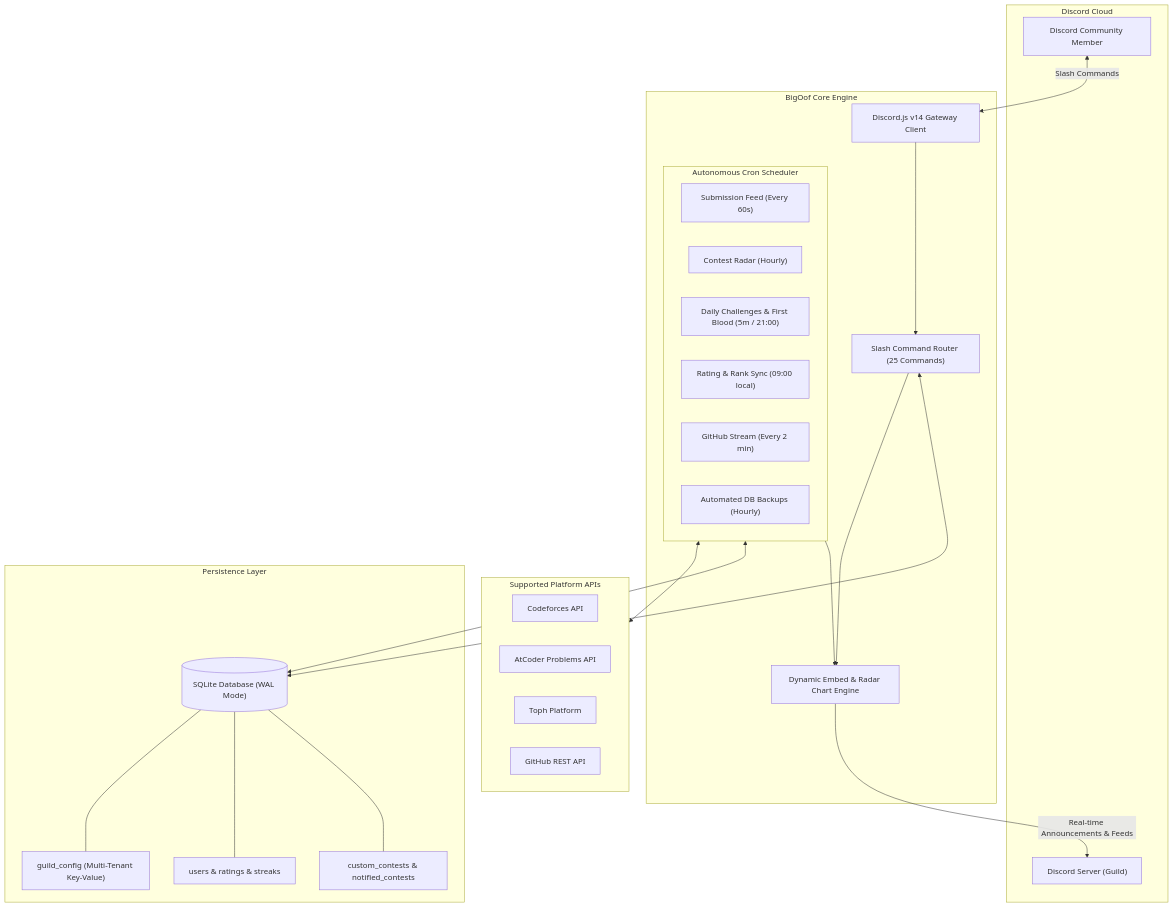
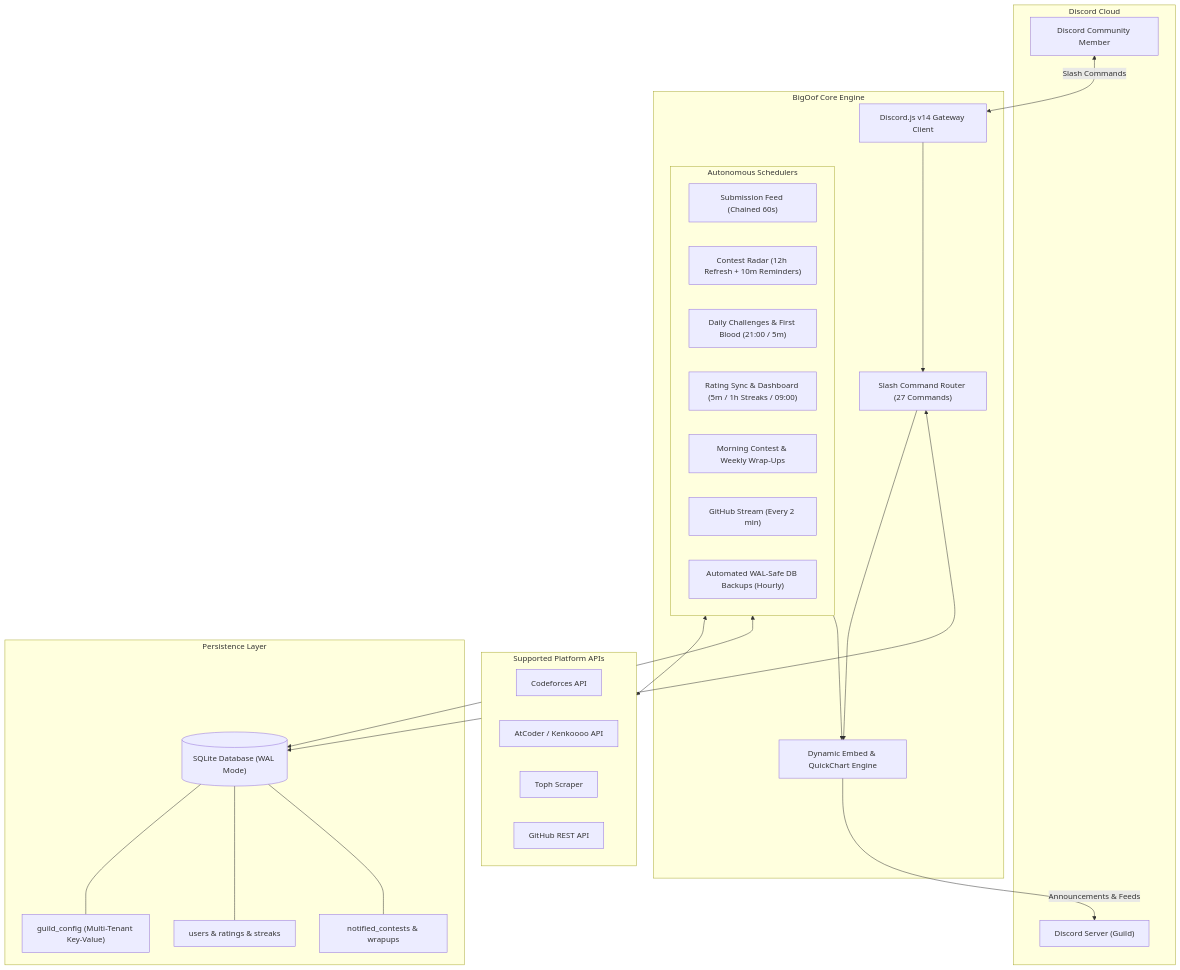
Before and after one commit to Pri8899/BigOof: the diagram in README.md, drawn with Mermaid. The commit also changed other lines of this file and 54 other files, not shown here.

Commit message:
fix: harden multi-tenant routing, schedulers, DB safety, commands, and docs

````diff
--- a/README.md
+++ b/README.md
@@ -87,50 +45,51 @@
 ```mermaid
 flowchart TD
     subgraph Discord ["Discord Cloud"]
         User["Discord Community Member"]
         Guild["Discord Server (Guild)"]
     end
 
     subgraph BigOofCore ["BigOof Core Engine"]
         Gateway["Discord.js v14 Gateway Client"]
-        CmdRouter["Slash Command Router (25 Commands)"]
-        
-        subgraph Schedulers ["Autonomous Cron Scheduler"]
-            FeedTask["Submission Feed (Every 60s)"]
-            ContestTask["Contest Radar (Hourly)"]
-            DailyTask["Daily Challenges & First Blood (5m / 21:00)"]
-            RatingTask["Rating & Rank Sync (09:00 local)"]
+        CmdRouter["Slash Command Router (27 Commands)"]
+
+        subgraph Schedulers ["Autonomous Schedulers"]
+            FeedTask["Submission Feed (Chained 60s)"]
+            ContestTask["Contest Radar (12h Refresh + 10m Reminders)"]
+            DailyTask["Daily Challenges & First Blood (21:00 / 5m)"]
+            RatingTask["Rating Sync & Dashboard (5m / 1h Streaks / 09:00)"]
+            WrapupTask["Morning Contest & Weekly Wrap-Ups"]
             GitHubTask["GitHub Stream (Every 2 min)"]
-            BackupTask["Automated DB Backups (Hourly)"]
+            BackupTask["Automated WAL-Safe DB Backups (Hourly)"]
         end
-        
-        EmbedEngine["Dynamic Embed & Radar Chart Engine"]
+
+        EmbedEngine["Dynamic Embed & QuickChart Engine"]
     end
 
     subgraph DataStore ["Persistence Layer"]
         DB[("SQLite Database (WAL Mode)")]
         GuildConfig["guild_config (Multi-Tenant Key-Value)"]
         Users["users & ratings & streaks"]
-        Contests["custom_contests & notified_contests"]
+        Contests["notified_contests & wrapups"]
     end
 
     subgraph PlatformAPIs ["Supported Platform APIs"]
         CF["Codeforces API"]
-        AC["AtCoder Problems API"]
-        Toph["Toph Platform"]
+        AC["AtCoder / Kenkoooo API"]
+        Toph["Toph Scraper"]
         GH["GitHub REST API"]
     end
 
     User <-->|Slash Commands| Gateway
     Gateway --> CmdRouter
     CmdRouter --> EmbedEngine
     CmdRouter <--> DB
 
     Schedulers <--> PlatformAPIs
     Schedulers <--> DB
     Schedulers --> EmbedEngine
-    EmbedEngine -->|Real-time Announcements & Feeds| Guild
+    EmbedEngine -->|Announcements & Feeds| Guild
     DB --- GuildConfig
     DB --- Users
     DB --- Contests
 ```
````
